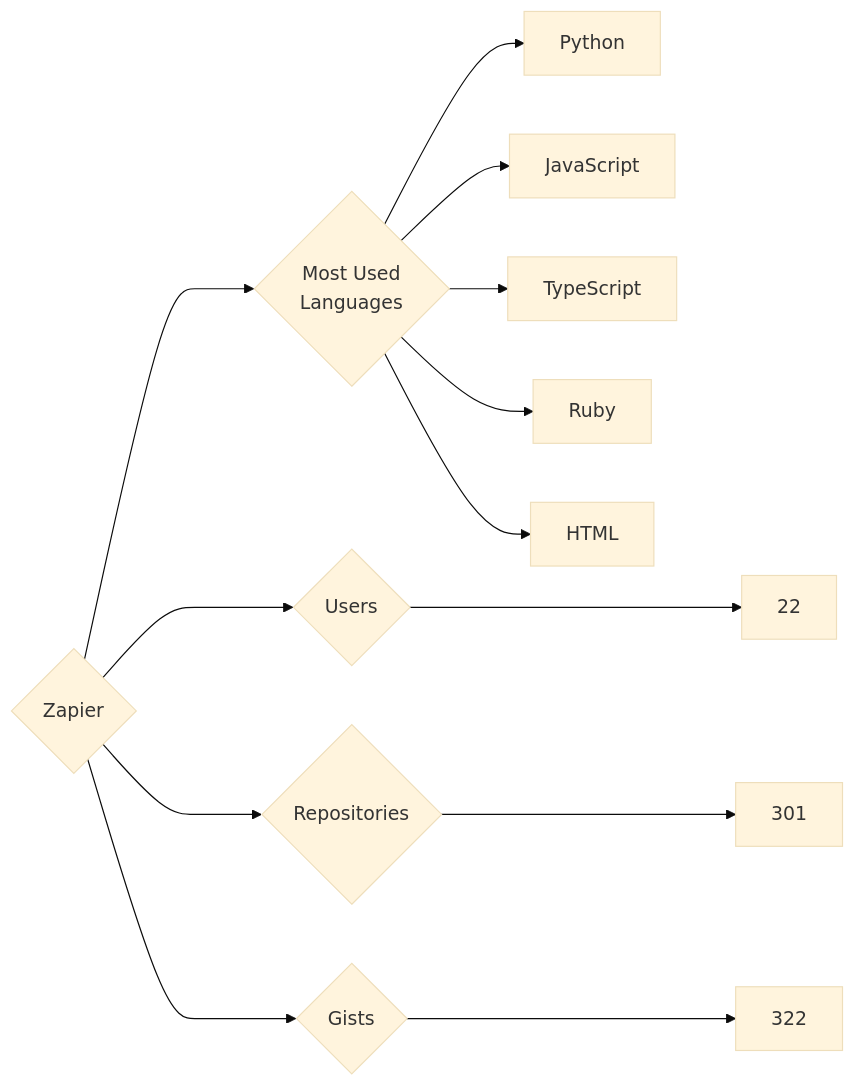
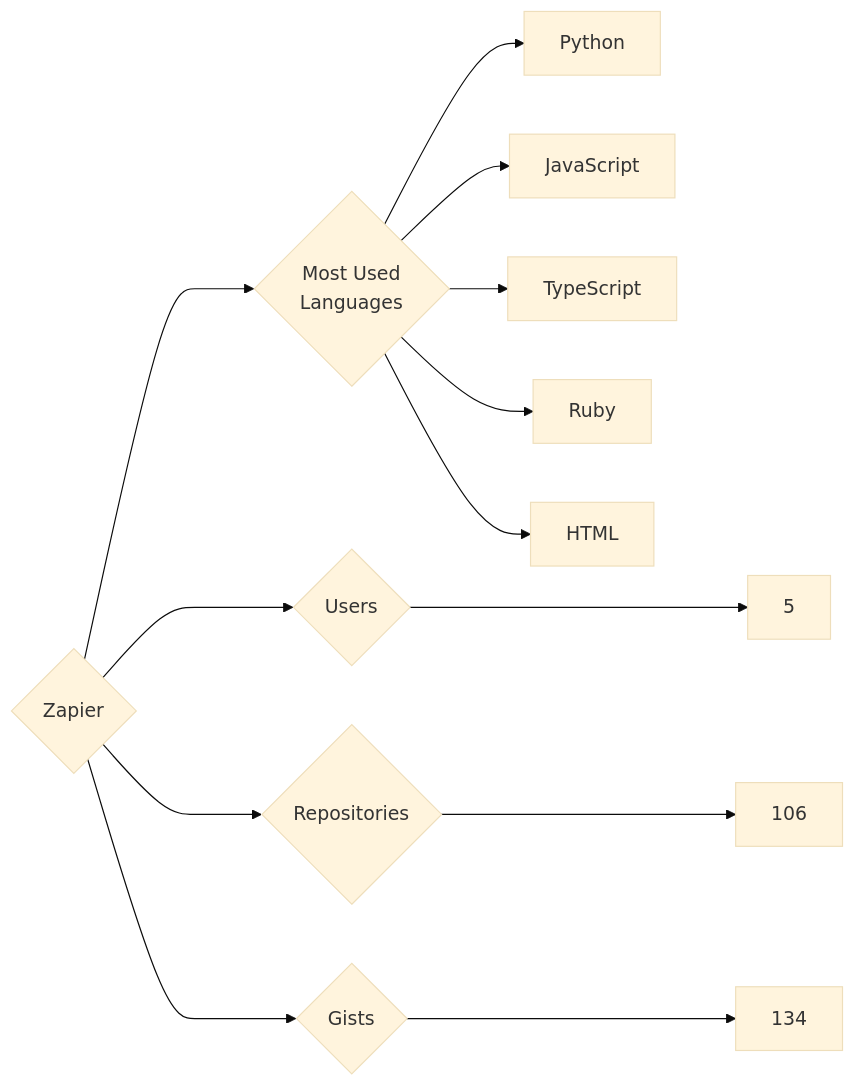
The diagram in targets/Zapier/README.md (trickest/insiders), drawn with Mermaid (base theme) before and after one commit. The commit also changed 928 other files, not shown here.

````diff
--- a/targets/Zapier/README.md
+++ b/targets/Zapier/README.md
@@ -3,13 +3,13 @@
 ```mermaid
 graph LR
 COMPANY_NAME{Zapier}
-COMPANY_NAME ---> U{Users} ---> UN[22]
-COMPANY_NAME ---> R{Repositories} ---> RN[301]
-COMPANY_NAME ---> G{Gists} ---> GN[322]
+COMPANY_NAME ---> U{Users} ---> UN[5]
+COMPANY_NAME ---> R{Repositories} ---> RN[106]
+COMPANY_NAME ---> G{Gists} ---> GN[134]
 COMPANY_NAME ---> ML{Most Used<br>Languages}
 ML --> Python[Python]
 ML --> JavaScript[JavaScript]
 ML --> TypeScript[TypeScript]
 ML --> Ruby[Ruby]
 ML --> HTML[HTML]
 ```
````
